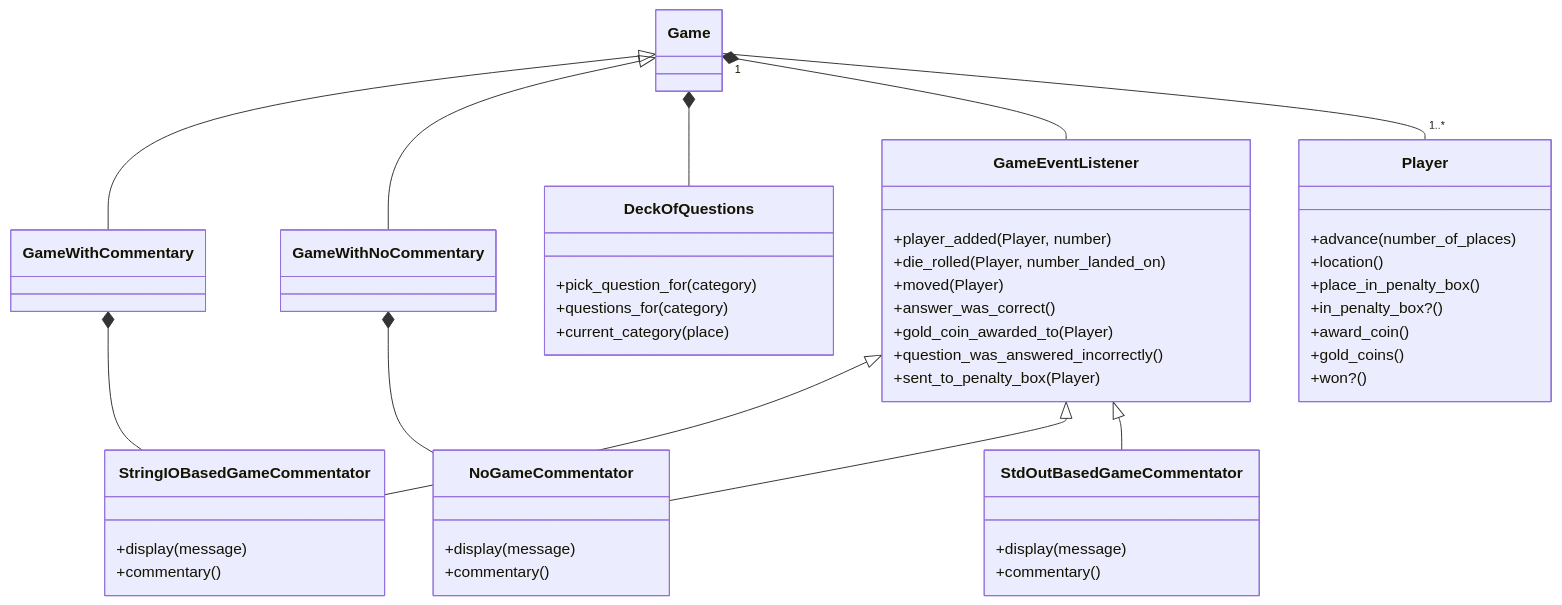
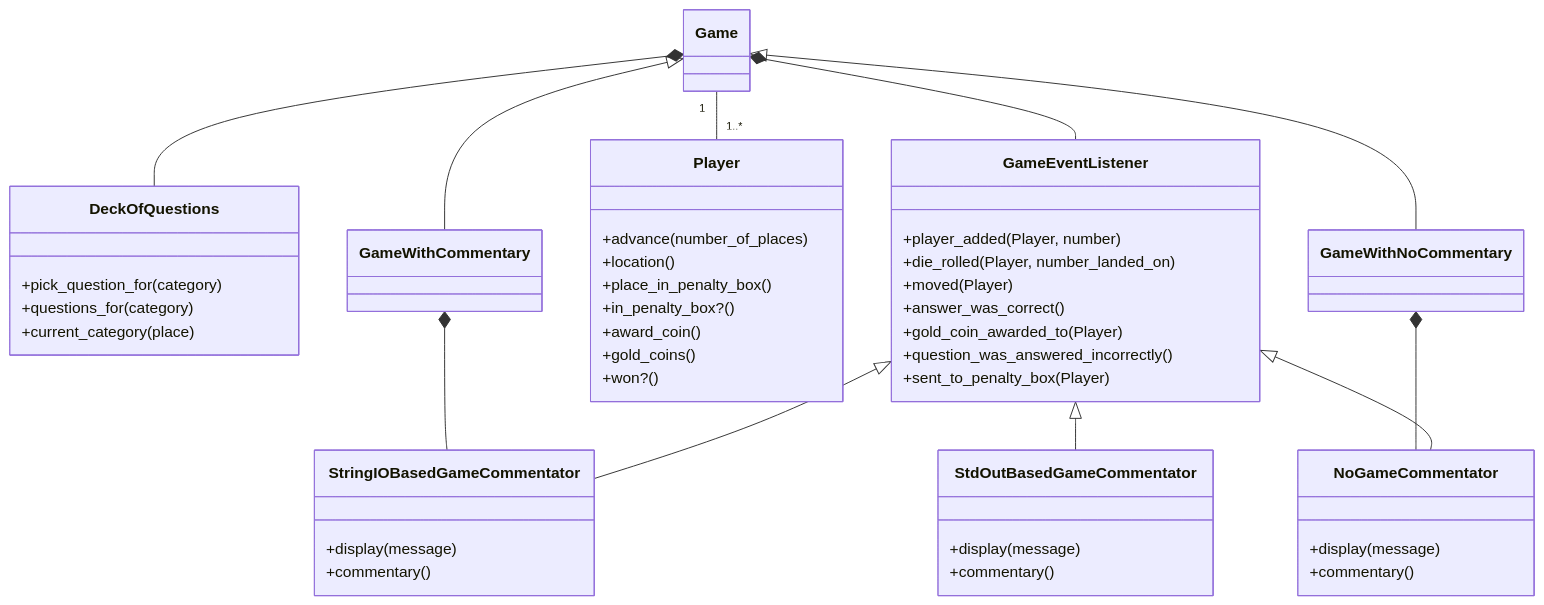
Before and after one commit to hemalvarambhia/trivia: the diagram in ruby/design/current_design.md, drawn with Mermaid. The commit also changed 1 other file, not shown here.

Commit message:
format: improved the ordering, from high level to lower level.

````diff
--- a/ruby/design/current_design.md
+++ b/ruby/design/current_design.md
@@ -3,57 +3,57 @@
 ```mermaid
 classDiagram
-    Game <|-- GameWithCommentary
-    Game <|-- GameWithNoCommentary
-
-    class StringIOBasedGameCommentator {
-        +display(message)
-        +commentary()
-    }
-    class NoGameCommentator {
-        +display(message)
-        +commentary()
-    }
-
-    class StdOutBasedGameCommentator {
-        +display(message)
-        +commentary()
-    }
+    Game *-- DeckOfQuestions
+    Game *-- GameEventListener
+    Game "1" -- "1..*" Player
 
     class DeckOfQuestions {
         +pick_question_for(category)
         +questions_for(category)
         +current_category(place)
     }
 
 
     class Player {
         +advance(number_of_places)
         +location()
         +place_in_penalty_box()
         +in_penalty_box?()
         +award_coin()
         +gold_coins()
         +won?()
     }
 
     class GameEventListener {
         +player_added(Player, number)
         +die_rolled(Player, number_landed_on)
         +moved(Player)
         +answer_was_correct()
         +gold_coin_awarded_to(Player)
         +question_was_answered_incorrectly()
         +sent_to_penalty_box(Player)
     }
 
-Game *-- DeckOfQuestions
-Game *-- GameEventListener
-Game "1" -- "1..*" Player
+       Game <|-- GameWithCommentary
+       Game <|-- GameWithNoCommentary
+
+
+    class StringIOBasedGameCommentator {
+        +display(message)
+        +commentary()
+    }
+    class NoGameCommentator {
+        +display(message)
+        +commentary()
+    }
+
+    class StdOutBasedGameCommentator {
+        +display(message)
+        +commentary()
+    }
+
 GameEventListener <|-- StringIOBasedGameCommentator
 GameEventListener <|-- NoGameCommentator
 GameEventListener <|-- StdOutBasedGameCommentator
 GameWithCommentary *-- StringIOBasedGameCommentator  
 GameWithNoCommentary *-- NoGameCommentator
-
- 
 ```
````
